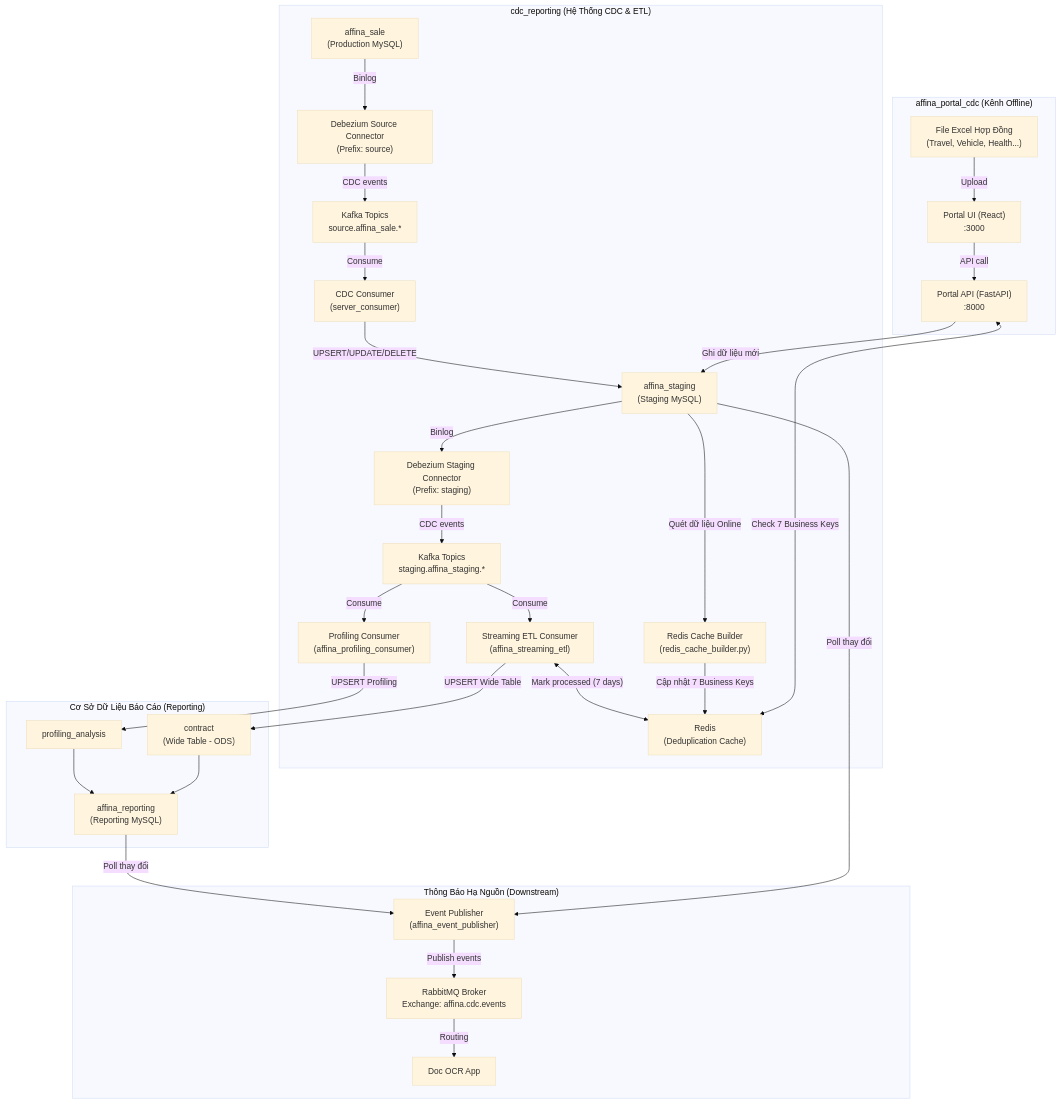
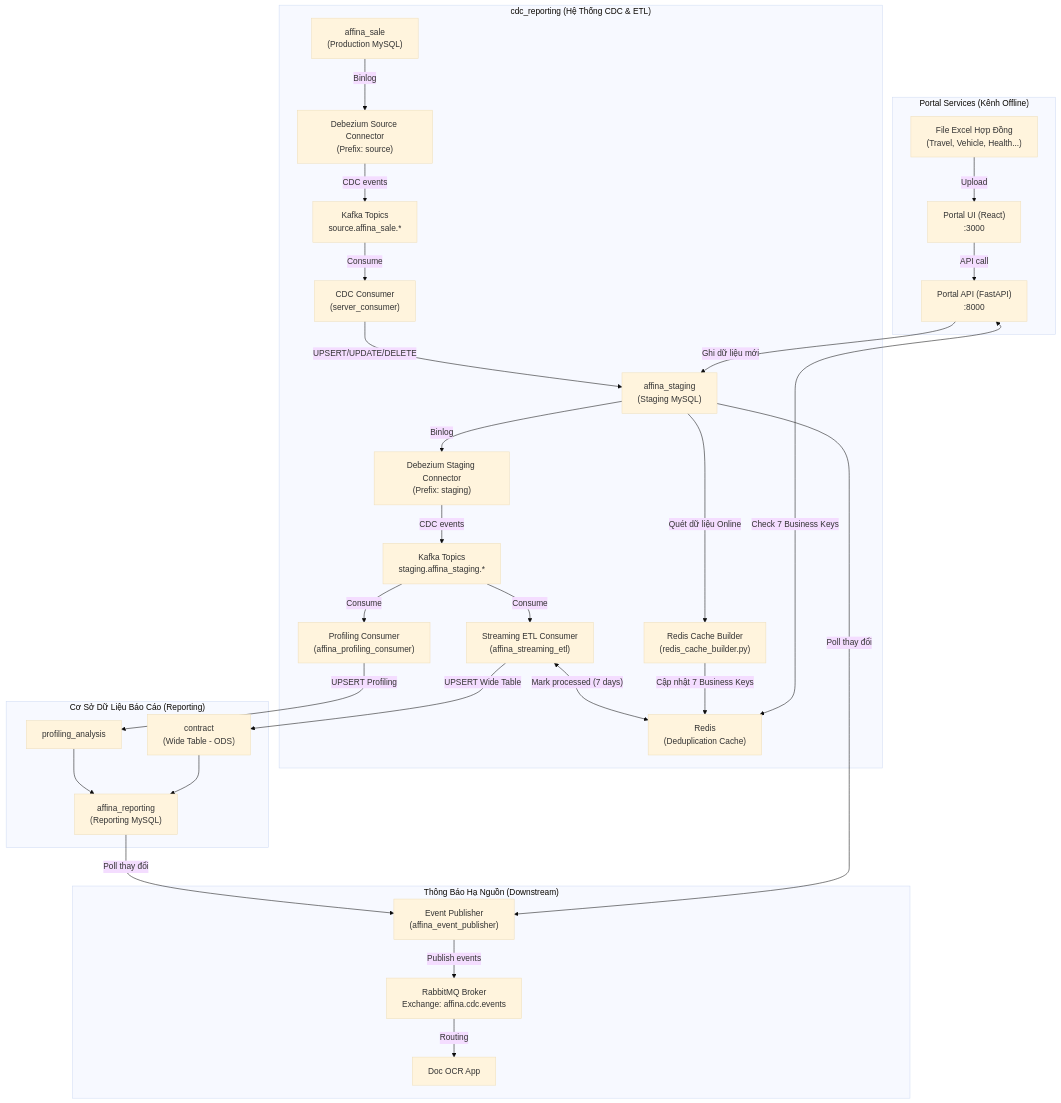
One commit to phatle224/Hybrid-Data-Ingestion-Streaming-Platform changed the diagram in docs/SYSTEM_WORKFLOW.md. Above: the diagram before and after it, drawn with Mermaid (base theme). The commit also changed other lines of this file and 86 other files, not shown here.

Commit message:
feat: implement initial CDC reporting portal with backend processing microservices and frontend upload interface

````diff
--- a/docs/SYSTEM_WORKFLOW.md
+++ b/docs/SYSTEM_WORKFLOW.md
@@ -13,72 +13,72 @@
 ```mermaid
 graph TB
-    subgraph "affina_portal_cdc (Kênh Offline)"
+    subgraph "Portal Services (Kênh Offline)"
         EXCEL["File Excel Hợp Đồng<br/>(Travel, Vehicle, Health...)"]
         PORTAL_FE["Portal UI (React)<br/>:3000"]
         PORTAL_BE["Portal API (FastAPI)<br/>:8000"]
     end
 
     subgraph "cdc_reporting (Hệ Thống CDC & ETL)"
         SRC_DB["affina_sale<br/>(Production MySQL)"]
         DBZ1["Debezium Source Connector<br/>(Prefix: source)"]
         KAFKA1["Kafka Topics<br/>source.affina_sale.*"]
         CDC_CONSUMER["CDC Consumer<br/>(server_consumer)"]
         
         STG_DB["affina_staging<br/>(Staging MySQL)"]
         
         DBZ2["Debezium Staging Connector<br/>(Prefix: staging)"]
         KAFKA2["Kafka Topics<br/>staging.affina_staging.*"]
         
         REDIS["Redis<br/>(Deduplication Cache)"]
         REDIS_BUILDER["Redis Cache Builder<br/>(redis_cache_builder.py)"]
         
         ETL_CONSUMER["Streaming ETL Consumer<br/>(affina_streaming_etl)"]
         PROF_CONSUMER["Profiling Consumer<br/>(affina_profiling_consumer)"]
     end
 
     subgraph "Cơ Sở Dữ Liệu Báo Cáo (Reporting)"
         RPT_DB["affina_reporting<br/>(Reporting MySQL)"]
         RPT_CONTRACT["contract<br/>(Wide Table - ODS)"]
         RPT_PROFILING["profiling_analysis"]
     end
 
     subgraph "Thông Báo Hạ Nguồn (Downstream)"
         EVT_PUB["Event Publisher<br/>(affina_event_publisher)"]
         RMQ["RabbitMQ Broker<br/>Exchange: affina.cdc.events"]
         DOC_OCR["Doc OCR App"]
     end
 
     %% Luồng Offline Excel
     EXCEL -->|"Upload"| PORTAL_FE
     PORTAL_FE -->|"API call"| PORTAL_BE
     PORTAL_BE <-->|"Check 7 Business Keys"| REDIS
     PORTAL_BE -->|"Ghi dữ liệu mới"| STG_DB
     
     %% Luồng CDC Layer 1 (Source -> Staging)
     SRC_DB -->|"Binlog"| DBZ1
     DBZ1 -->|"CDC events"| KAFKA1
     KAFKA1 -->|"Consume"| CDC_CONSUMER
     CDC_CONSUMER -->|"UPSERT/UPDATE/DELETE"| STG_DB
 
     %% Xây dựng Cache chống trùng
     STG_DB -->|"Quét dữ liệu Online"| REDIS_BUILDER
     REDIS_BUILDER -->|"Cập nhật 7 Business Keys"| REDIS
 
     %% Luồng CDC Layer 2 (Staging -> Reporting)
     STG_DB -->|"Binlog"| DBZ2
     DBZ2 -->|"CDC events"| KAFKA2
     KAFKA2 -->|"Consume"| ETL_CONSUMER
     KAFKA2 -->|"Consume"| PROF_CONSUMER
     
     ETL_CONSUMER <-->|"Mark processed (7 days)"| REDIS
     ETL_CONSUMER -->|"UPSERT Wide Table"| RPT_CONTRACT
     PROF_CONSUMER -->|"UPSERT Profiling"| RPT_PROFILING
     
     RPT_CONTRACT --> RPT_DB
     RPT_PROFILING --> RPT_DB
 
     %% Luồng Event Publisher
     STG_DB & RPT_DB -->|"Poll thay đổi"| EVT_PUB
     EVT_PUB -->|"Publish events"| RMQ
     RMQ -->|"Routing"| DOC_OCR
 ```
````
